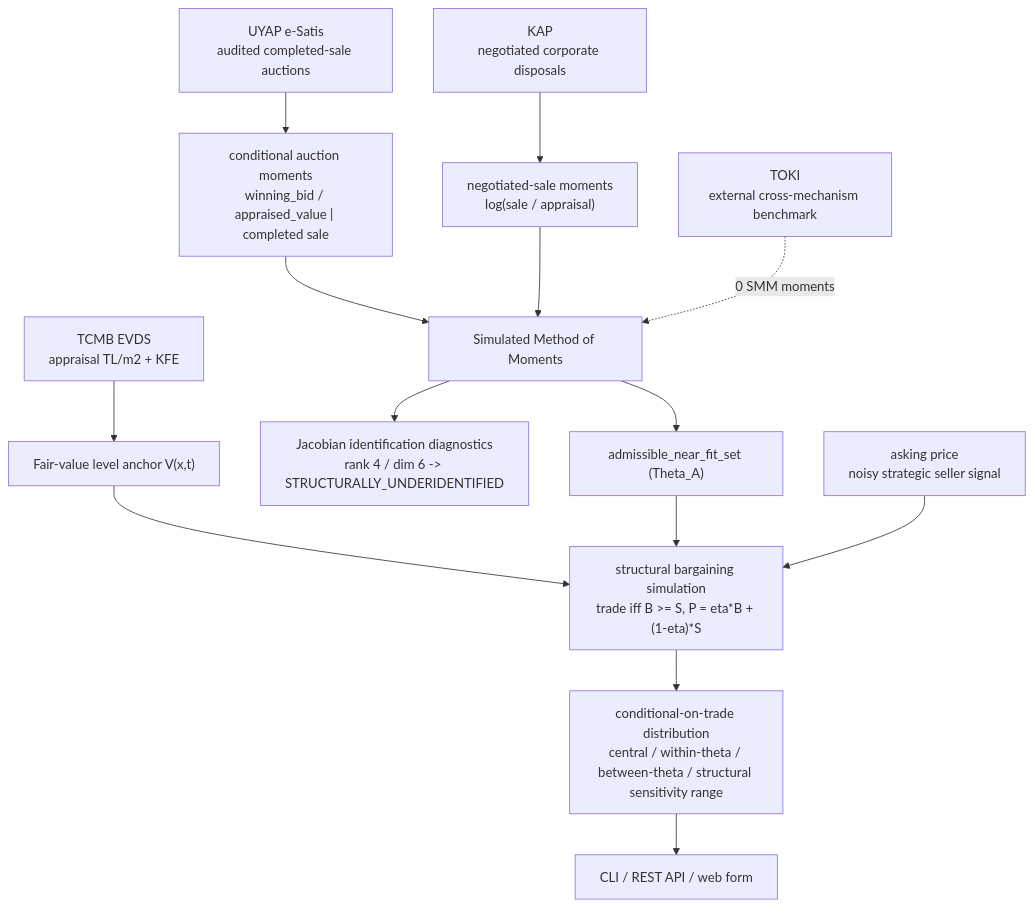
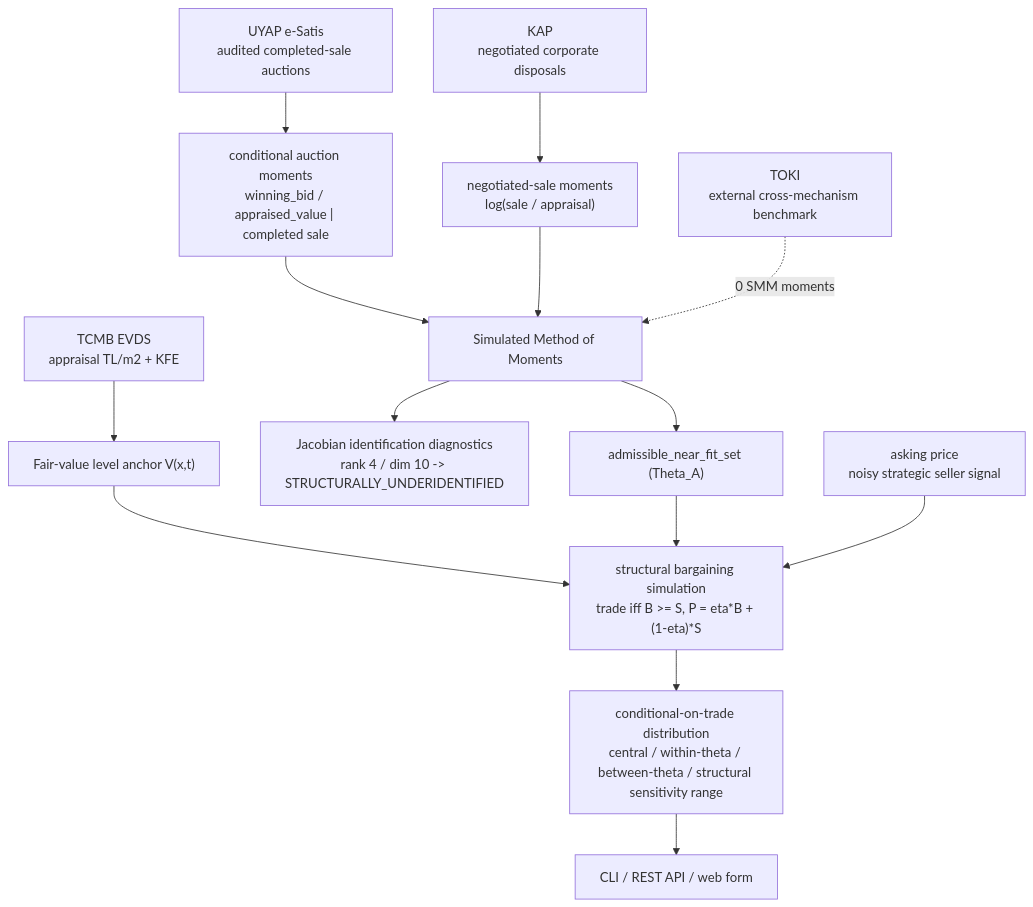
Before and after one commit to onatozmenn/sold: the diagram in README.md, drawn with Mermaid. The commit also changed other lines of this file and 50 other files, not shown here.

````diff
--- a/README.md
+++ b/README.md
@@ -70,22 +70,22 @@
 ```mermaid
 flowchart TD
     TCMB["TCMB EVDS<br/>appraisal TL/m2 + KFE"] --> FV["Fair-value level anchor V(x,t)"]
 
     UYAP["UYAP e-Satis<br/>audited completed-sale auctions"] --> MU["conditional auction moments<br/>winning_bid / appraised_value | completed sale"]
     KAP["KAP<br/>negotiated corporate disposals"] --> MK["negotiated-sale moments<br/>log(sale / appraisal)"]
 
     MU --> SMM["Simulated Method of Moments"]
     MK --> SMM
 
-    SMM --> IDENT["Jacobian identification diagnostics<br/>rank 4 / dim 6 -> STRUCTURALLY_UNDERIDENTIFIED"]
+    SMM --> IDENT["Jacobian identification diagnostics<br/>rank 4 / dim 10 -> STRUCTURALLY_UNDERIDENTIFIED"]
     SMM --> THETAA["admissible_near_fit_set (Theta_A)"]
 
     ASK["asking price<br/>noisy strategic seller signal"] --> SIM
     FV --> SIM
     THETAA --> SIM["structural bargaining simulation<br/>trade iff B >= S, P = eta*B + (1-eta)*S"]
 
     SIM --> DIST["conditional-on-trade distribution<br/>central / within-theta / between-theta / structural sensitivity range"]
     DIST --> OUT["CLI / REST API / web form"]
 
     TOKI["TOKI<br/>external cross-mechanism benchmark"] -. 0 SMM moments .-> SMM
 ```
````
